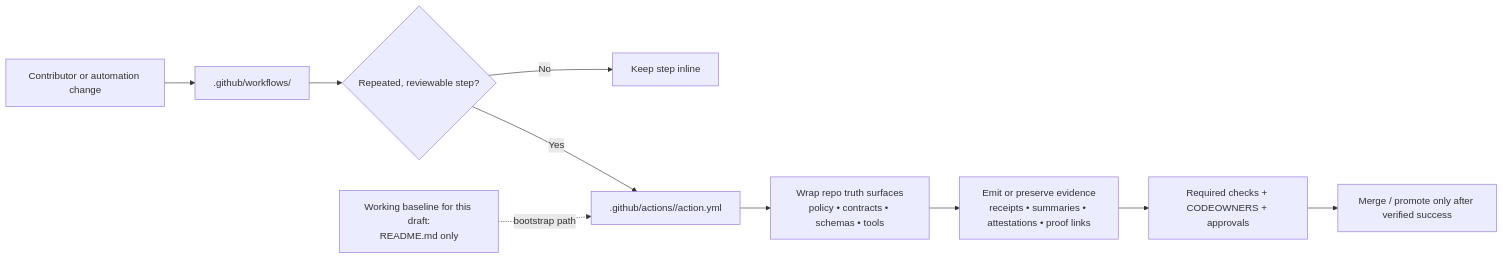
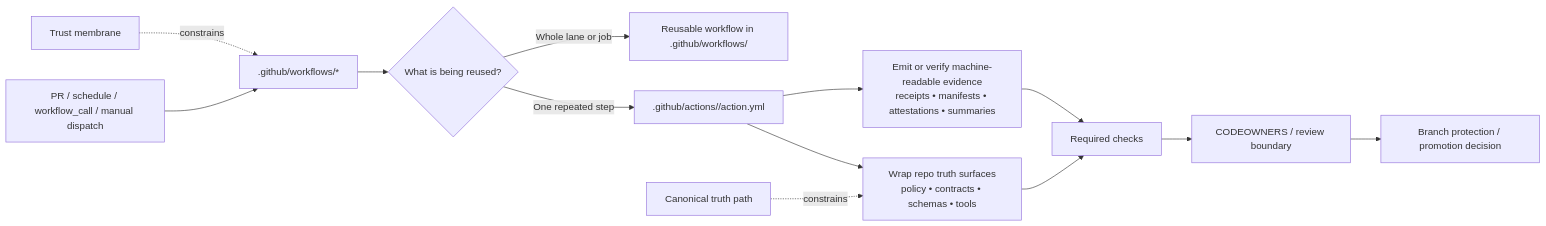
The diagram in .github/actions/README.md (bartytime4life/Kansas-Frontier-Matrix), drawn with Mermaid before and after one commit. The commit also changed other lines of this file, not shown here.

First line of the commit message:
Update README.md for GitHub Actions

````diff
--- a/.github/actions/README.md
+++ b/.github/actions/README.md
@@ -361,15 +374,19 @@
 ```mermaid
 flowchart LR
-    A[Contributor or automation change] --> B[.github/workflows/]
-    B --> C{Repeated, reviewable step?}
+    A[PR / schedule / workflow_call / manual dispatch] --> B[.github/workflows/*]
+    B --> C{What is being reused?}
 
-    C -->|No| D[Keep step inline]
-    C -->|Yes| E[.github/actions/<action>/action.yml]
+    C -->|One repeated step| D[.github/actions/<action>/action.yml]
+    C -->|Whole lane or job| E[Reusable workflow in .github/workflows/]
 
-    E --> F[Wrap repo truth surfaces<br/>policy • contracts • schemas • tools]
-    F --> G[Emit or preserve evidence<br/>receipts • summaries • attestations • proof links]
-    G --> H[Required checks + CODEOWNERS + approvals]
-    H --> I[Merge / promote only after verified success]
+    D --> F[Wrap repo truth surfaces<br/>policy • contracts • schemas • tools]
+    D --> G[Emit or verify machine-readable evidence<br/>receipts • manifests • attestations • summaries]
 
-    X[Working baseline for this draft:<br/>README.md only] -. bootstrap path .-> E
+    F --> H[Required checks]
+    G --> H
+    H --> I[CODEOWNERS / review boundary]
+    I --> J[Branch protection / promotion decision]
+
+    K[Canonical truth path] -. constrains .-> F
+    L[Trust membrane] -. constrains .-> B
 ```
````
